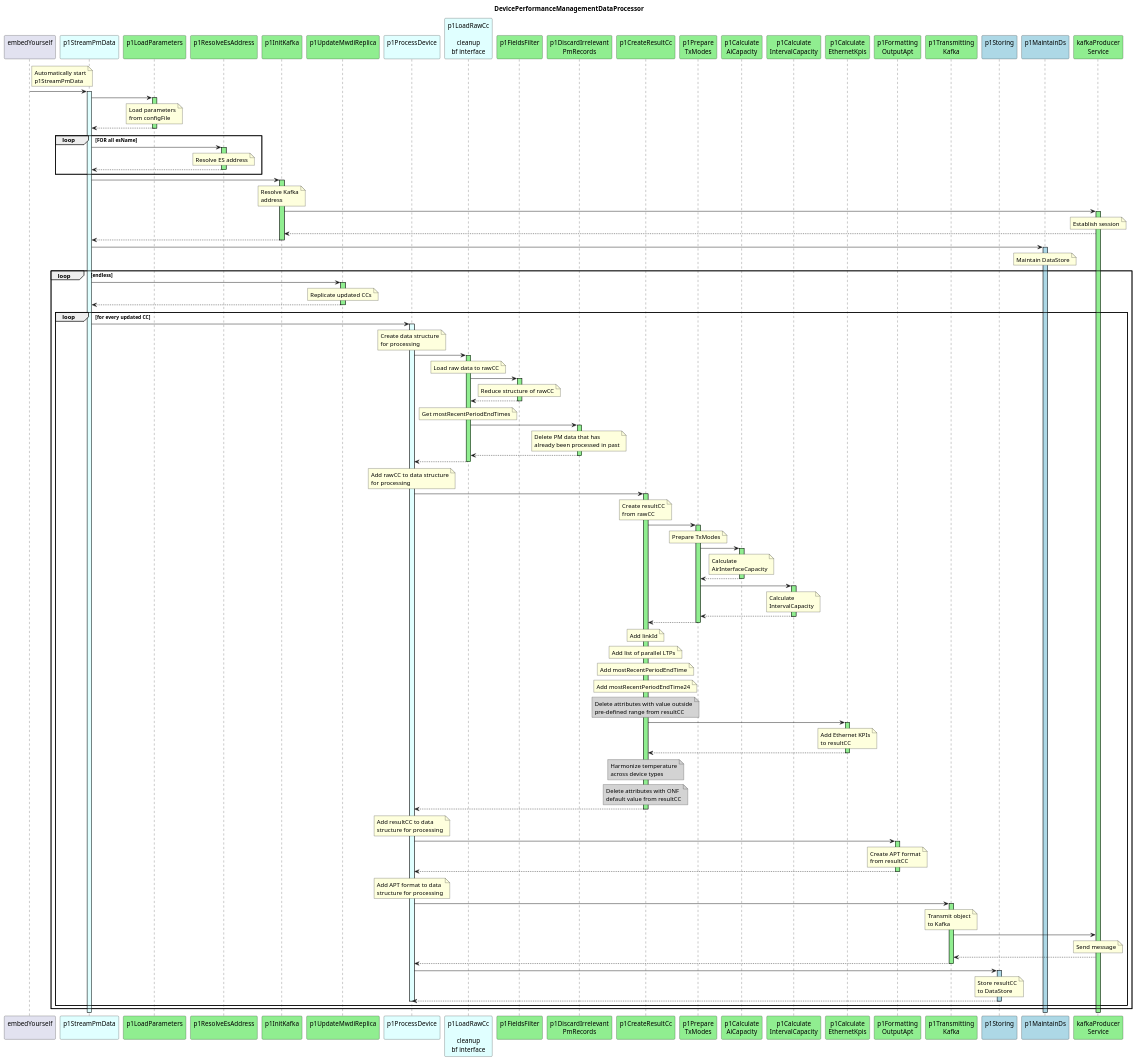
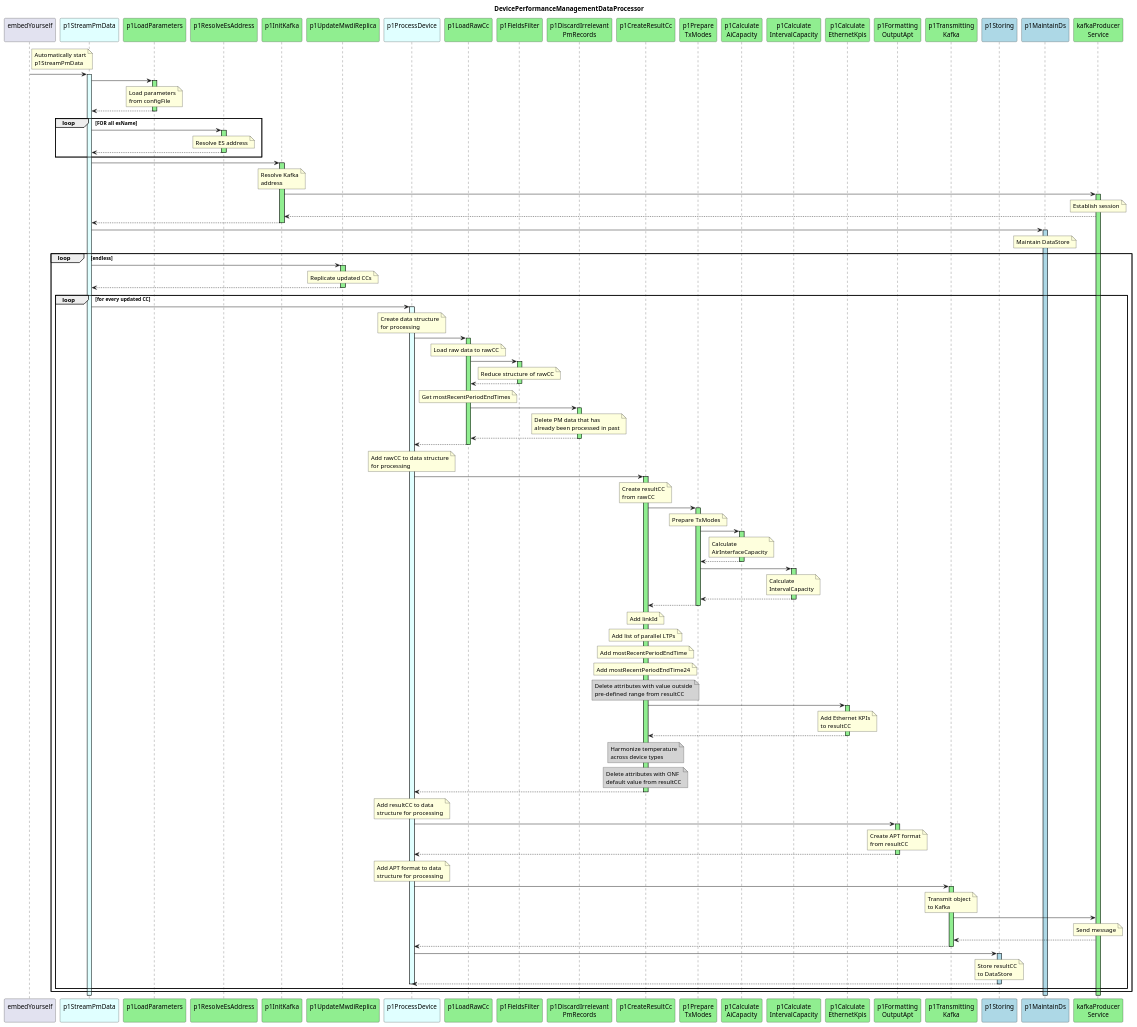
Before and after one commit to openBackhaul/DevicePerformanceManagementDataProcessor: the diagram in spec/diagrams/hl_sequence.plantuml, drawn with PlantUML. The commit also changed 12 other files, not shown here.

Commit message:
review p1LoadRawCc

```diff
--- a/spec/diagrams/hl_sequence.plantuml
+++ b/spec/diagrams/hl_sequence.plantuml
@@ -14,7 +14,7 @@
 
 participant "p1ProcessDevice\n" as p1ProcessPm #LightCyan
 
-participant "p1LoadRawCc\n\ncleanup\nbf interface" as p1AddRaw #LightCyan
+participant "p1LoadRawCc\n" as p1AddRaw #LightGreen
 participant "p1FieldsFilter\n" as p1FieldsFilter #LightGreen
 participant "p1DiscardIrrelevant\nPmRecords" as filterPm #LightGreen
 
```
